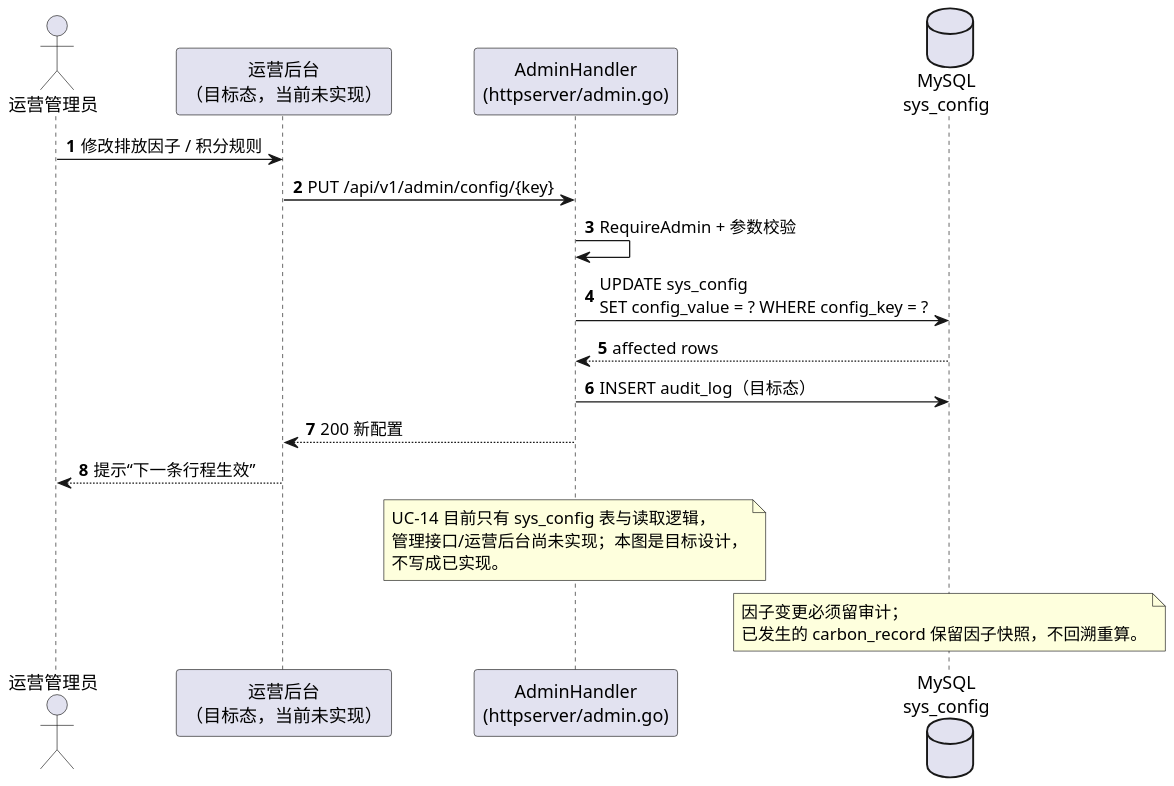
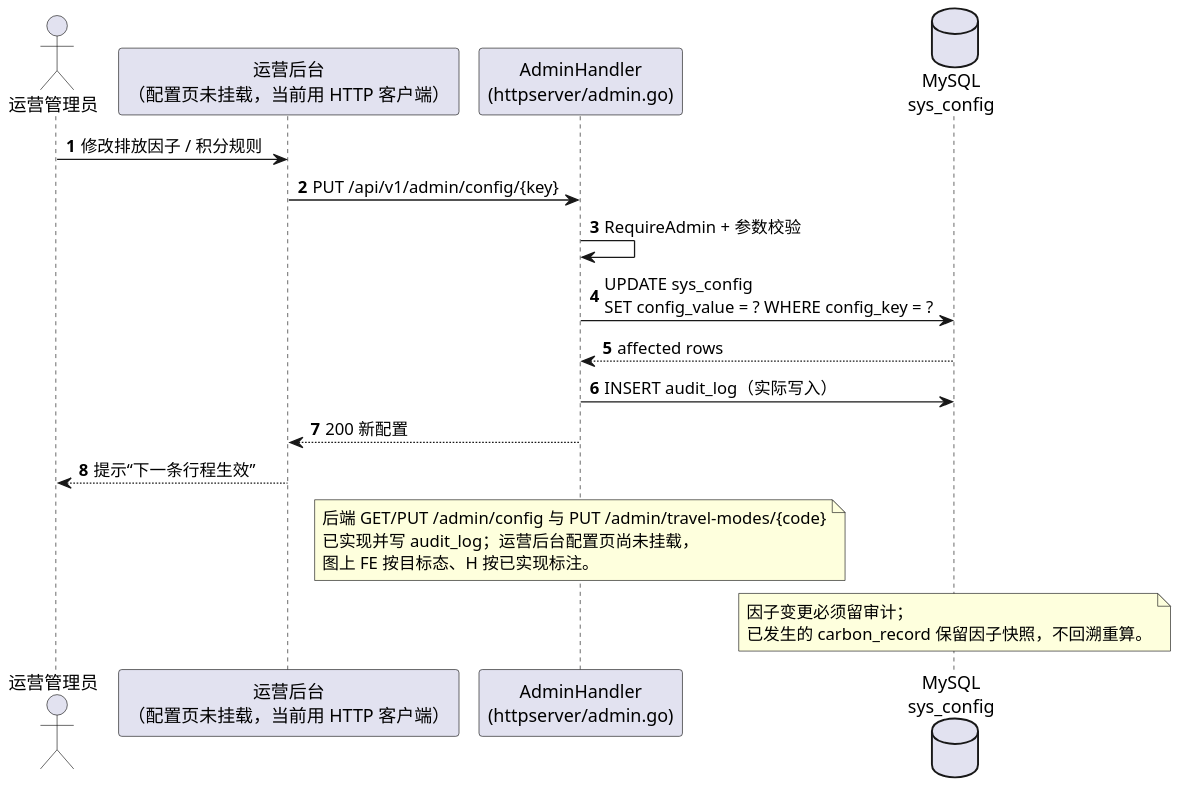
One commit to chiyan11/green-travel-points changed the diagram in docs/uml/23-序列图-参数配置.puml. Above: the diagram before and after it, drawn with PlantUML. The commit also changed 70 other files, not shown here.

First line of the commit message:
docs(uml): 补齐 19 个用例的鲁棒图与顺序图

```diff
--- a/docs/uml/23-序列图-参数配置.puml
+++ b/docs/uml/23-序列图-参数配置.puml
@@ -1,30 +1,30 @@
 @startuml 图2-13 序列图：参数配置（UC-14 用例实现 · 目标态）
 skinparam defaultFontName "Microsoft YaHei"
 skinparam dpi 150
 skinparam shadowing false
 autonumber
 
 actor "运营管理员" as A
-participant "运营后台\n（目标态，当前未实现）" as FE
+participant "运营后台\n（配置页未挂载，当前用 HTTP 客户端）" as FE
 participant "AdminHandler\n(httpserver/admin.go)" as H
 database "MySQL\nsys_config" as DB
 
 A -> FE : 修改排放因子 / 积分规则
 FE -> H : PUT /api/v1/admin/config/{key}
 H -> H : RequireAdmin + 参数校验
 H -> DB : UPDATE sys_config\nSET config_value = ? WHERE config_key = ?
 DB --> H : affected rows
-H -> DB : INSERT audit_log（目标态）
+H -> DB : INSERT audit_log（实际写入）
 H --> FE : 200 新配置
 FE --> A : 提示“下一条行程生效”
 
 note over H
-  UC-14 目前只有 sys_config 表与读取逻辑，
-  管理接口/运营后台尚未实现；本图是目标设计，
-  不写成已实现。
+  后端 GET/PUT /admin/config 与 PUT /admin/travel-modes/{code}
+  已实现并写 audit_log；运营后台配置页尚未挂载，
+  图上 FE 按目标态、H 按已实现标注。
 end note
 note over DB
   因子变更必须留审计；
   已发生的 carbon_record 保留因子快照，不回溯重算。
 end note
 @enduml
```
